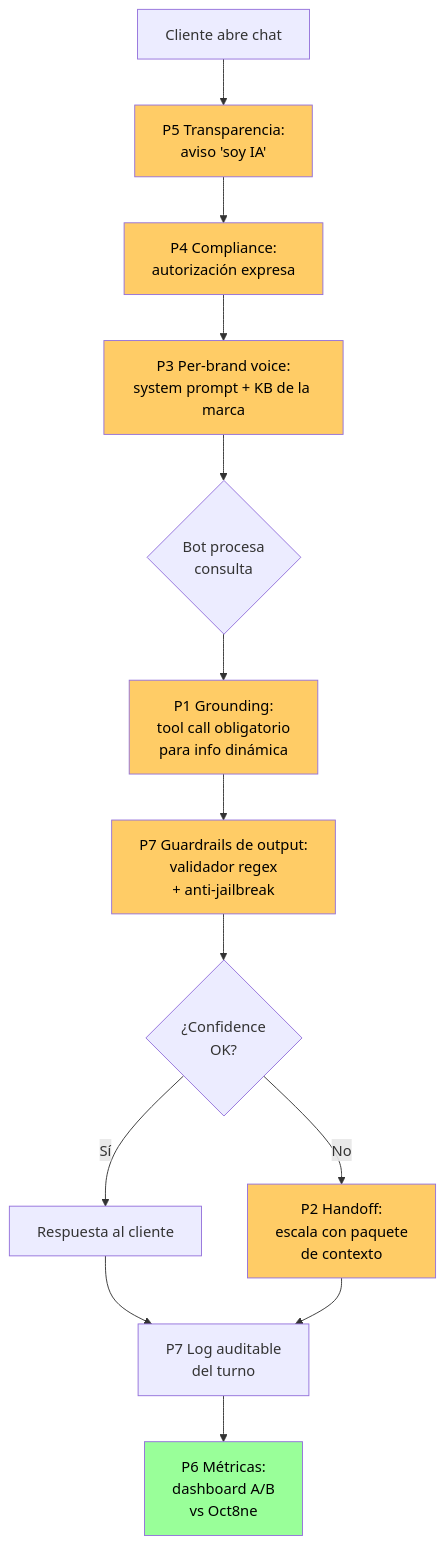
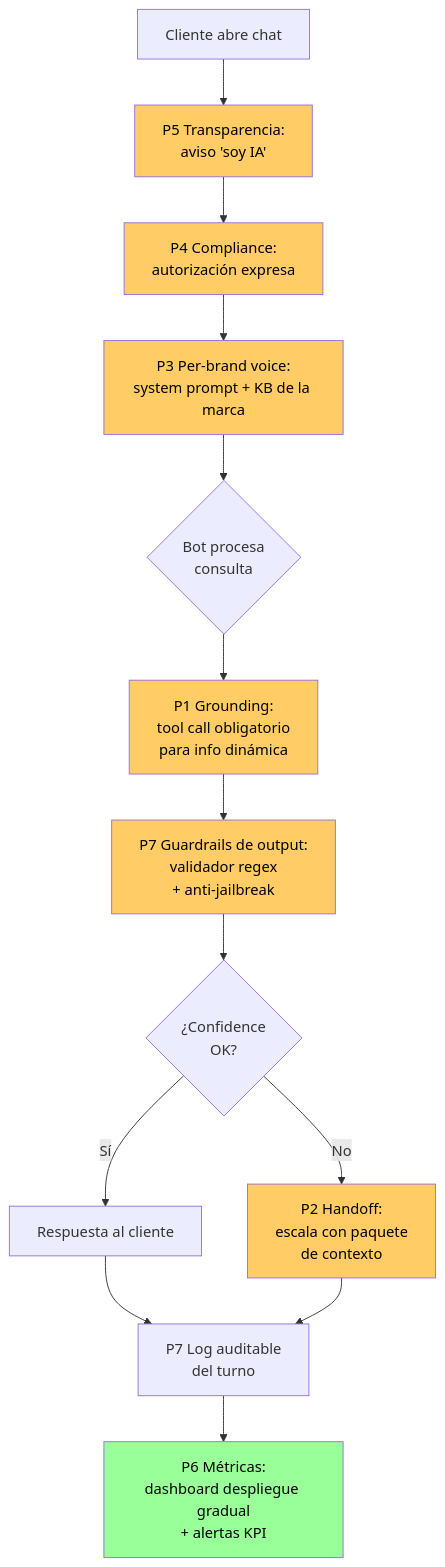
One commit to JohanSosaDev/Shopper_Assistant_chatboot changed the fourth of 12 diagrams in ai-dlc/prd.md. Above: the diagram before and after it, drawn with Mermaid. The commit also changed other lines of this file and 14 other files, not shown here.

````diff
--- a/ai-dlc/prd.md
+++ b/ai-dlc/prd.md
@@ -596,24 +596,24 @@
 ```mermaid
 flowchart TD
     Start[Cliente abre chat]
     Start --> P5[P5 Transparencia:<br/>aviso 'soy IA']
     P5 --> P4[P4 Compliance:<br/>autorización expresa]
     P4 --> P3[P3 Per-brand voice:<br/>system prompt + KB de la marca]
     P3 --> Q{Bot procesa<br/>consulta}
     Q --> P1[P1 Grounding:<br/>tool call obligatorio<br/>para info dinámica]
     P1 --> P7[P7 Guardrails de output:<br/>validador regex<br/>+ anti-jailbreak]
     P7 --> R{¿Confidence<br/>OK?}
     R -->|Sí| Respuesta[Respuesta al cliente]
     R -->|No| P2[P2 Handoff:<br/>escala con paquete<br/>de contexto]
     Respuesta --> Log[P7 Log auditable<br/>del turno]
     P2 --> Log
-    Log --> P6[P6 Métricas:<br/>dashboard A/B<br/>vs Oct8ne]
+    Log --> P6[P6 Métricas:<br/>dashboard despliegue gradual<br/>+ alertas KPI]
 
     style P1 fill:#fc6,color:#000
     style P2 fill:#fc6,color:#000
     style P3 fill:#fc6,color:#000
     style P4 fill:#fc6,color:#000
     style P5 fill:#fc6,color:#000
     style P6 fill:#9f9,color:#000
     style P7 fill:#fc6,color:#000
 ```
````
